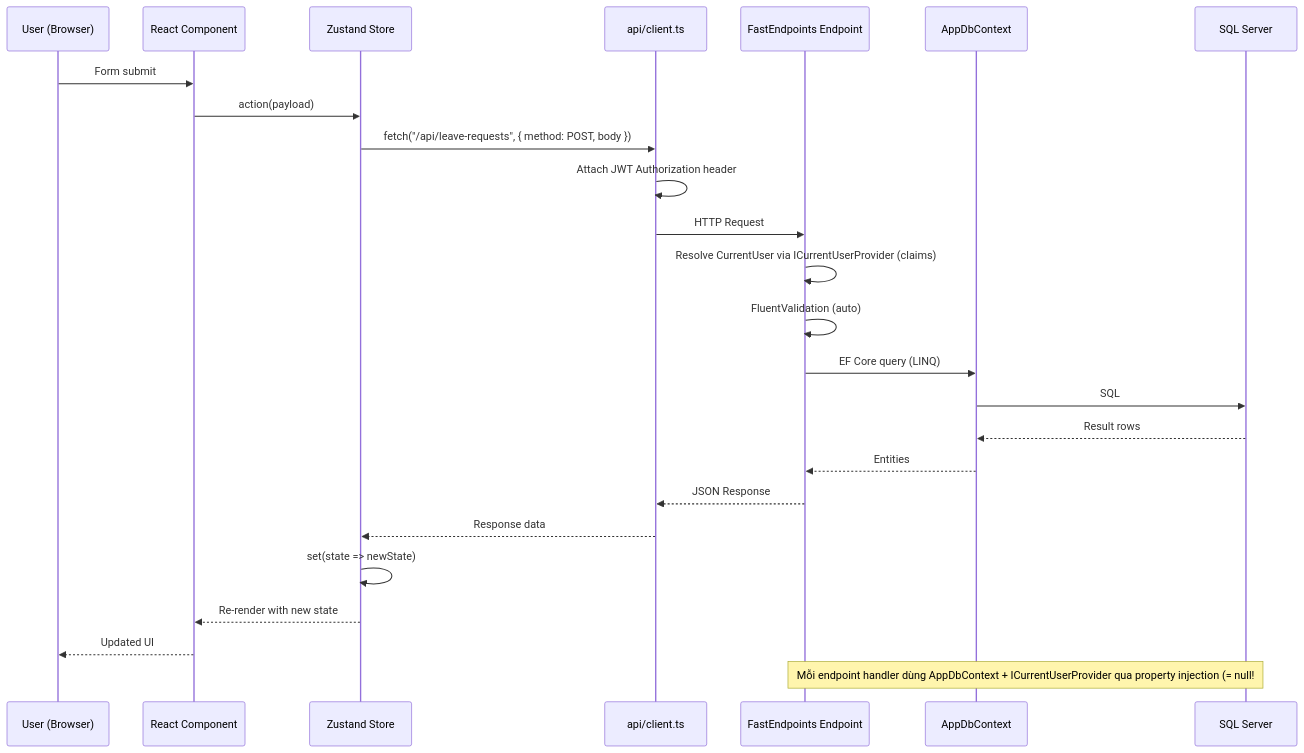
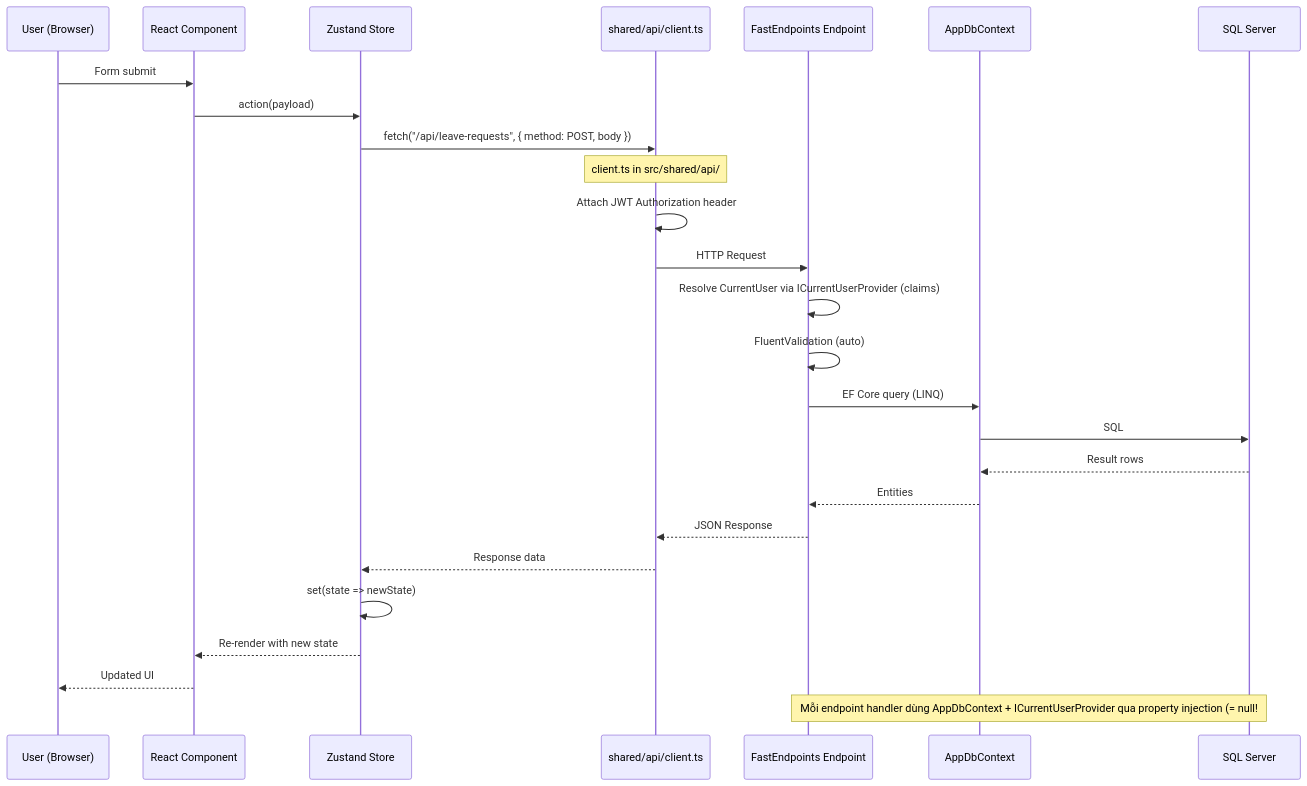
Before and after one commit to Ali-AnNT/qlnp-ttcds: the second of 7 diagrams in docs/system-architecture.md, drawn with Mermaid. The commit also changed other lines of this file and 4 other files, not shown here.

Commit message:
docs: update architecture docs and add Phase 1 journal for VSA migration

````diff
--- a/docs/system-architecture.md
+++ b/docs/system-architecture.md
@@ -128,29 +141,30 @@
 ```mermaid
 sequenceDiagram
     participant User as User (Browser)
     participant Component as React Component
     participant Store as Zustand Store
-    participant API as api/client.ts
+    participant API as shared/api/client.ts
     participant FE as FastEndpoints Endpoint
     participant DbCtx as AppDbContext
     participant DB as SQL Server
 
     User->>Component: Form submit
     Component->>Store: action(payload)
     Store->>API: fetch("/api/leave-requests", { method: POST, body })
+    Note over API: client.ts in src/shared/api/
     API->>API: Attach JWT Authorization header
     API->>FE: HTTP Request
     FE->>FE: Resolve CurrentUser via ICurrentUserProvider (claims)
     FE->>FE: FluentValidation (auto)
     FE->>DbCtx: EF Core query (LINQ)
     DbCtx->>DB: SQL
     DB-->>DbCtx: Result rows
     DbCtx-->>FE: Entities
     FE-->>API: JSON Response
     API-->>Store: Response data
     Store->>Store: set(state => newState)
     Store-->>Component: Re-render with new state
     Component-->>User: Updated UI
 
     Note over FE,DB: Mỗi endpoint handler dùng AppDbContext + ICurrentUserProvider qua property injection (= null!;)
 ```
````
